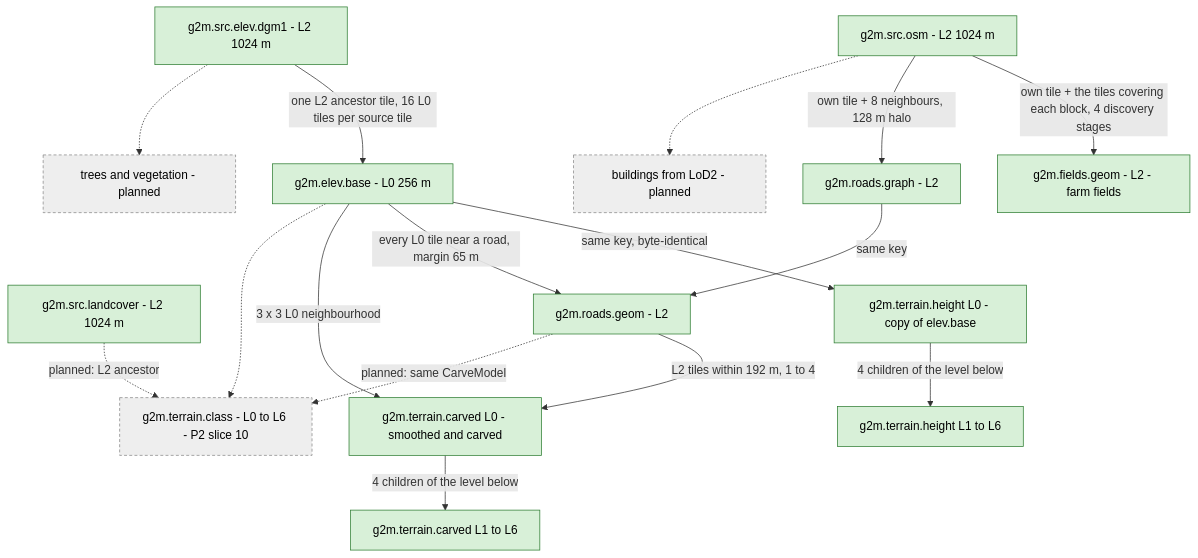
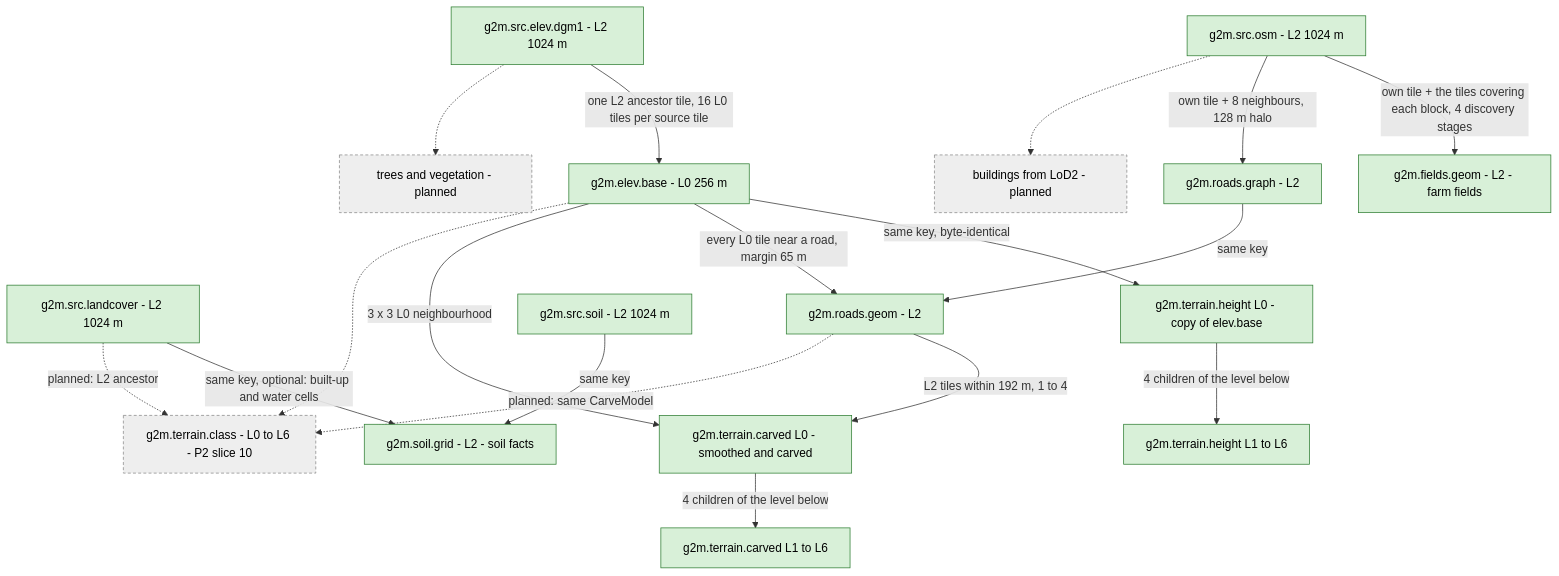
The second of 4 diagrams in docs/pipeline/README.md (SebastianDanielFrenz/geo2map_engine), drawn with Mermaid before and after one commit. The commit also changed other lines of this file and 45 other files, not shown here.

First line of the commit message:
Soil layer: g2m.src.soil and g2m.soil.grid from ISRIC SoilGrids 2.0

````diff
--- a/docs/pipeline/README.md
+++ b/docs/pipeline/README.md
@@ -181,38 +198,42 @@
 ```mermaid
 flowchart TD
   OSM["g2m.src.osm - L2 1024 m"]
   DEM["g2m.src.elev.dgm1 - L2 1024 m"]
   LC["g2m.src.landcover - L2 1024 m"]
   EB["g2m.elev.base - L0 256 m"]
   H0["g2m.terrain.height L0 - copy of elev.base"]
   H1["g2m.terrain.height L1 to L6"]
   RG["g2m.roads.graph - L2"]
   RM["g2m.roads.geom - L2"]
   TC["g2m.terrain.class - L0 to L6 - P2 slice 10"]
   FLD["g2m.fields.geom - L2 - farm fields"]
+  SSRC["g2m.src.soil - L2 1024 m"]
+  SOIL["g2m.soil.grid - L2 - soil facts"]
   CARVE["g2m.terrain.carved L0 - smoothed and carved"]
   CARVE1["g2m.terrain.carved L1 to L6"]
   BLD["buildings from LoD2 - planned"]
   TRE["trees and vegetation - planned"]
 
   DEM -->|"one L2 ancestor tile, 16 L0 tiles per source tile"| EB
   EB -->|"same key, byte-identical"| H0
   H0 -->|"4 children of the level below"| H1
   OSM -->|"own tile + the tiles covering each block, 4 discovery stages"| FLD
+  SSRC -->|"same key"| SOIL
+  LC -->|"same key, optional: built-up and water cells"| SOIL
   OSM -->|"own tile + 8 neighbours, 128 m halo"| RG
   RG -->|"same key"| RM
   EB -->|"every L0 tile near a road, margin 65 m"| RM
   LC -.->|"planned: L2 ancestor"| TC
   RM -->|"L2 tiles within 192 m, 1 to 4"| CARVE
   EB -->|"3 x 3 L0 neighbourhood"| CARVE
   CARVE -->|"4 children of the level below"| CARVE1
   RM -.->|"planned: same CarveModel"| TC
   EB -.-> TC
   OSM -.-> BLD
   DEM -.-> TRE
 
   classDef done fill:#d8f0d8,stroke:#2e7d32,color:#000;
   classDef plan fill:#eeeeee,stroke:#888888,stroke-dasharray:4 3,color:#000;
-  class OSM,DEM,LC,EB,H0,H1,RG,RM,CARVE,CARVE1,FLD done;
+  class OSM,DEM,LC,EB,H0,H1,RG,RM,CARVE,CARVE1,FLD,SSRC,SOIL done;
   class TC,BLD,TRE plan;
 ```
````
